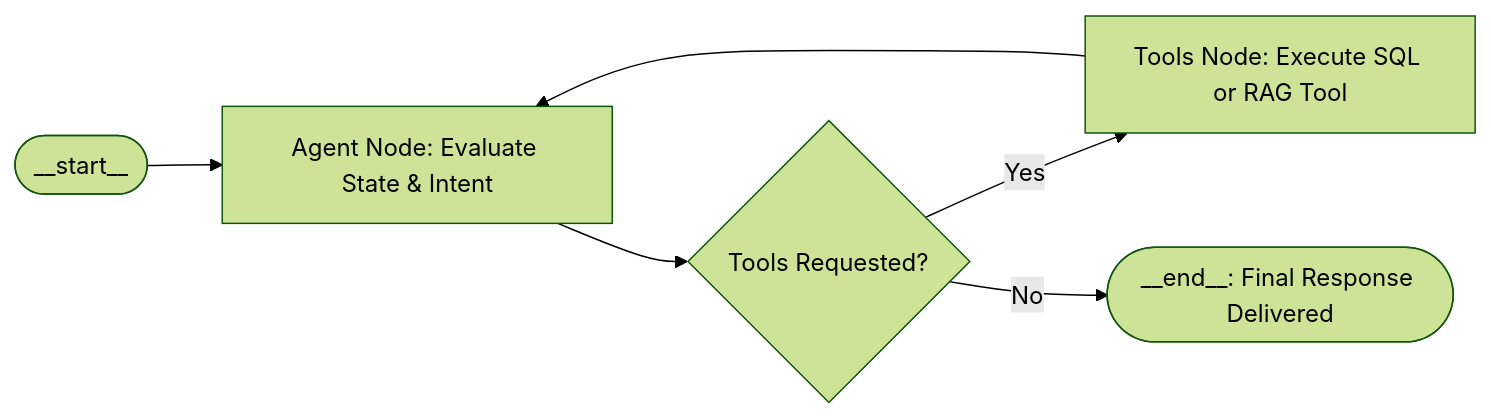
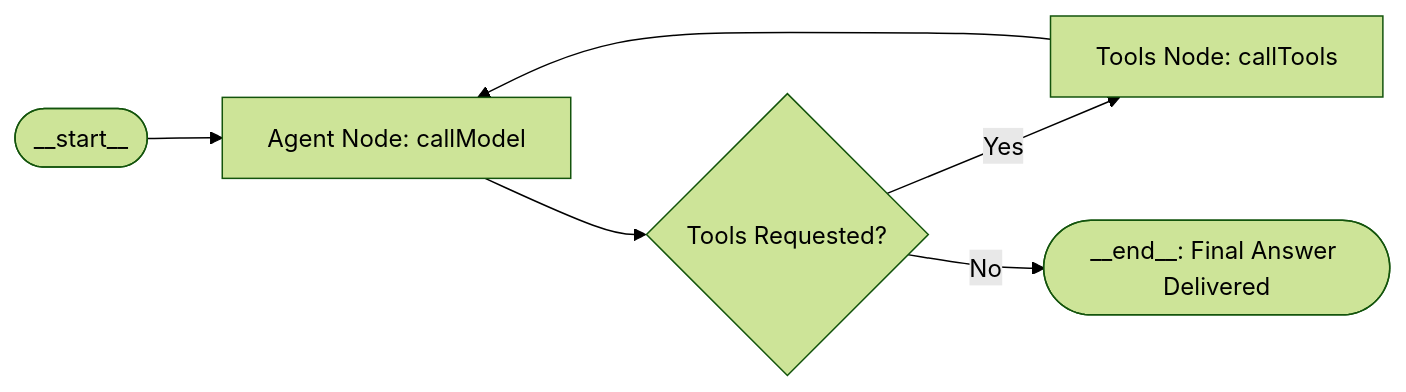
One commit to ItsAbhishekkashyap/gridsense_server changed the second of 4 diagrams in README.md. Above: the diagram before and after it, drawn with Mermaid (forest theme). The commit also changed other lines of this file, not shown here.

````diff
--- a/README.md
+++ b/README.md
@@ -60,10 +87,10 @@
 ```mermaid
 flowchart LR
-    Start([__start__]) --> Agent[Agent Node: Evaluate State & Intent]
+    Start([__start__]) --> Agent[Agent Node: callModel]
     Agent --> Decision{Tools Requested?}
     
-    Decision -- Yes --> ToolNode[Tools Node: Execute SQL or RAG Tool]
+    Decision -- Yes --> ToolNode[Tools Node: callTools]
     ToolNode --> Agent
     
-    Decision -- No --> End([__end__: Final Response Delivered])
+    Decision -- No --> End([__end__: Final Answer Delivered])
 ```
````
